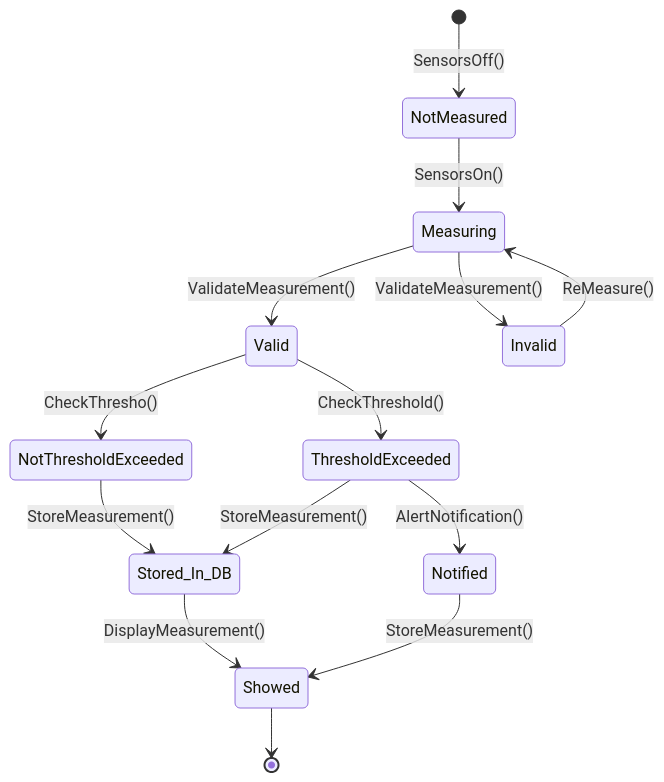
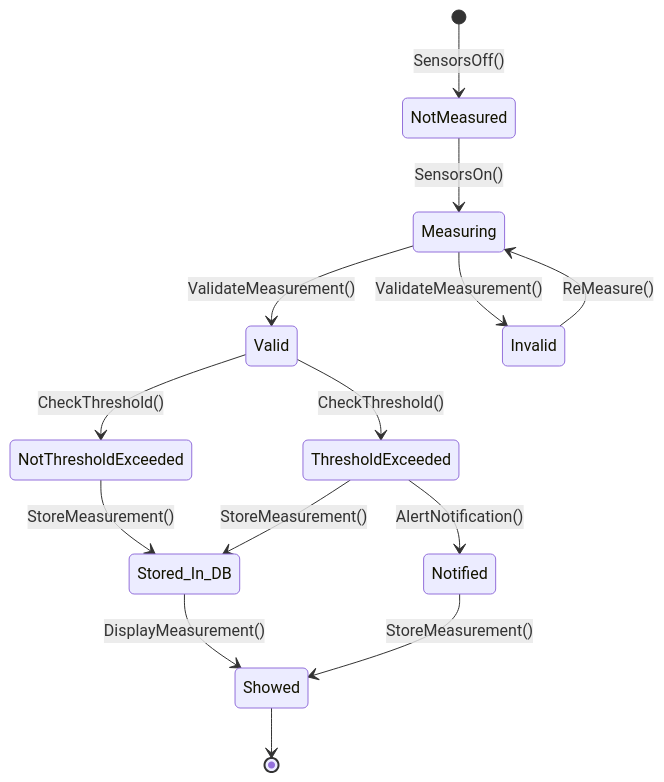
The diagram in Diagrams/State_Diagram.md (AbdullahMahmoud206/SWE_Project), drawn with Mermaid before and after one commit.

Commit message:
Fix typo in state diagram for Valid transition

````diff
--- a/Diagrams/State_Diagram.md
+++ b/Diagrams/State_Diagram.md
@@ -5,22 +5,22 @@
 ```mermaid
 stateDiagram-v2
 
     [*] --> NotMeasured : SensorsOff() 
 
     NotMeasured --> Measuring : SensorsOn()
 
     Measuring --> Valid : ValidateMeasurement()
     Measuring --> Invalid : ValidateMeasurement()
     Invalid --> Measuring : ReMeasure()
 
-    Valid --> NotThresholdExceeded : CheckThresho()
+    Valid --> NotThresholdExceeded : CheckThreshold()
     Valid --> ThresholdExceeded : CheckThreshold()
 
     NotThresholdExceeded --> Stored_In_DB : StoreMeasurement()
     Stored_In_DB --> Showed : DisplayMeasurement()
 
     ThresholdExceeded --> Notified : AlertNotification()
     ThresholdExceeded --> Stored_In_DB : StoreMeasurement()
     Notified --> Showed : StoreMeasurement()
     Showed --> [*]
 ```
````
